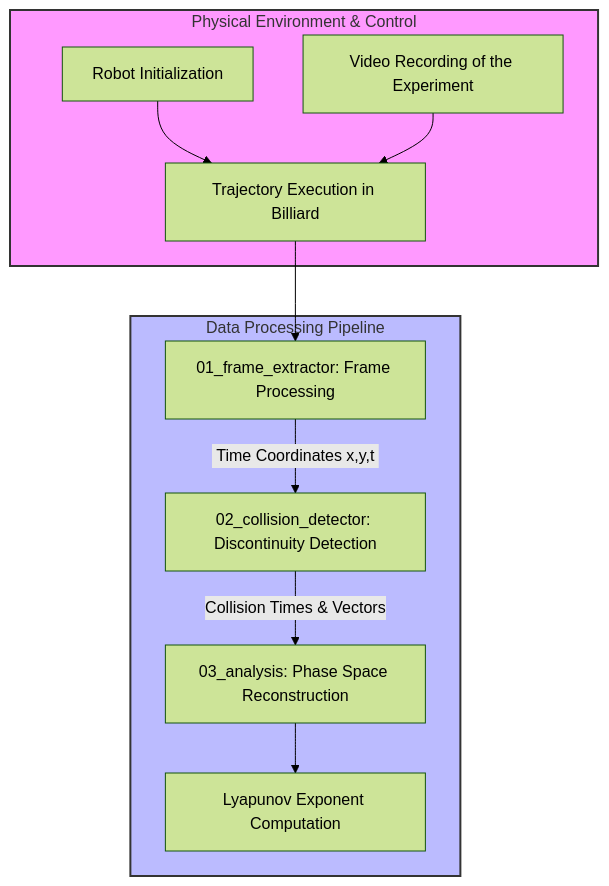
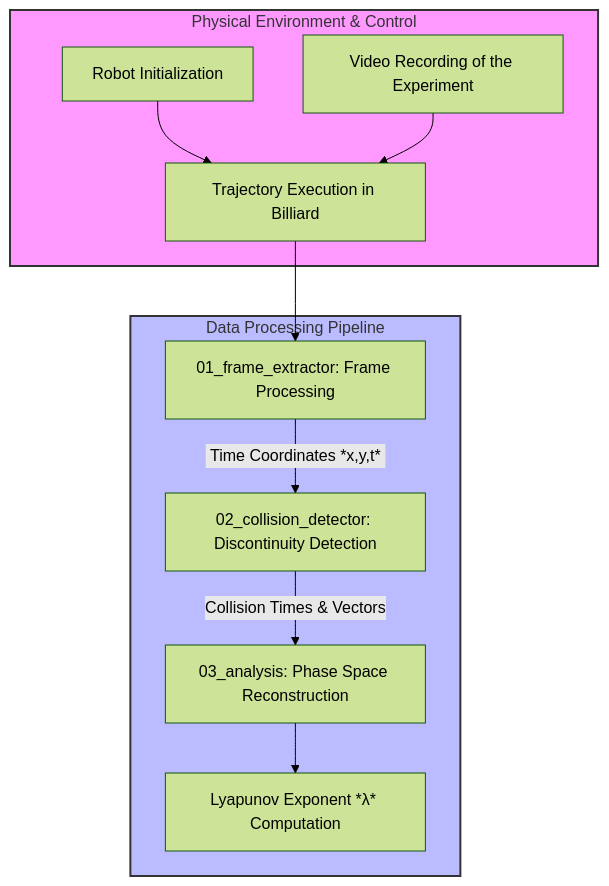
One commit to Kyrnthplus/Classical_Billiards_Dynamics_Using_an_Autonomous_Robot_and_Image_Analysis changed the diagram in README.md. Above: the diagram before and after it, drawn with Mermaid (forest theme).

````diff
--- a/README.md
+++ b/README.md
@@ -30,17 +30,17 @@
 ```mermaid
 flowchart TD
     subgraph PhysicalExperiment [Physical Environment & Control]
         A[Robot Initialization] --> B[Trajectory Execution in Billiard]
         C[Video Recording of the Experiment] --> B
     end
 
     subgraph SoftwarePipeline [Data Processing Pipeline]
         B --> D[01_frame_extractor: Frame Processing]
-        D -->|&nbsp;Time Coordinates x,y,t&nbsp;| E[02_collision_detector: Discontinuity Detection]
+        D -->|&nbsp;Time Coordinates *x,y,t*&nbsp;| E[02_collision_detector: Discontinuity Detection]
         E -->|Collision Times & Vectors| F[03_analysis: Phase Space Reconstruction]
-        F --> G[Lyapunov Exponent Computation]
+        F --> G[Lyapunov Exponent *&lambda;* Computation]
     end
 
     style PhysicalExperiment fill:#f9f,stroke:#333,stroke-width:2px
     style SoftwarePipeline fill:#bbf,stroke:#333,stroke-width:2px
 ```
````
